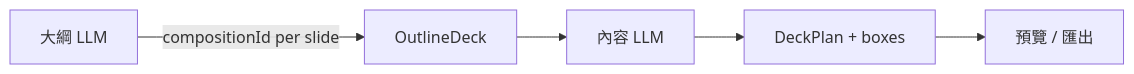
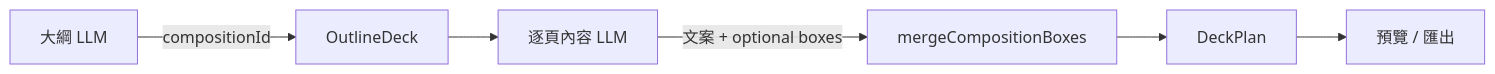
The diagram in src/ppt/composition/README.md (jackylee9018/deep-research), drawn with Mermaid before and after one commit. The commit also changed other lines of this file and 50 other files, not shown here.

````diff
--- a/src/ppt/composition/README.md
+++ b/src/ppt/composition/README.md
@@ -15,7 +25,8 @@
 ```mermaid
 flowchart LR
-  A[大綱 LLM] -->|compositionId per slide| B[OutlineDeck]
-  B --> C[內容 LLM]
-  C --> D[DeckPlan + boxes]
-  D --> E[預覽 / 匯出]
+  A[大綱 LLM] -->|compositionId| B[OutlineDeck]
+  B --> C[逐頁內容 LLM]
+  C -->|文案 + optional boxes| D[mergeCompositionBoxes]
+  D --> E[DeckPlan]
+  E --> F[預覽 / 匯出]
 ```
````
